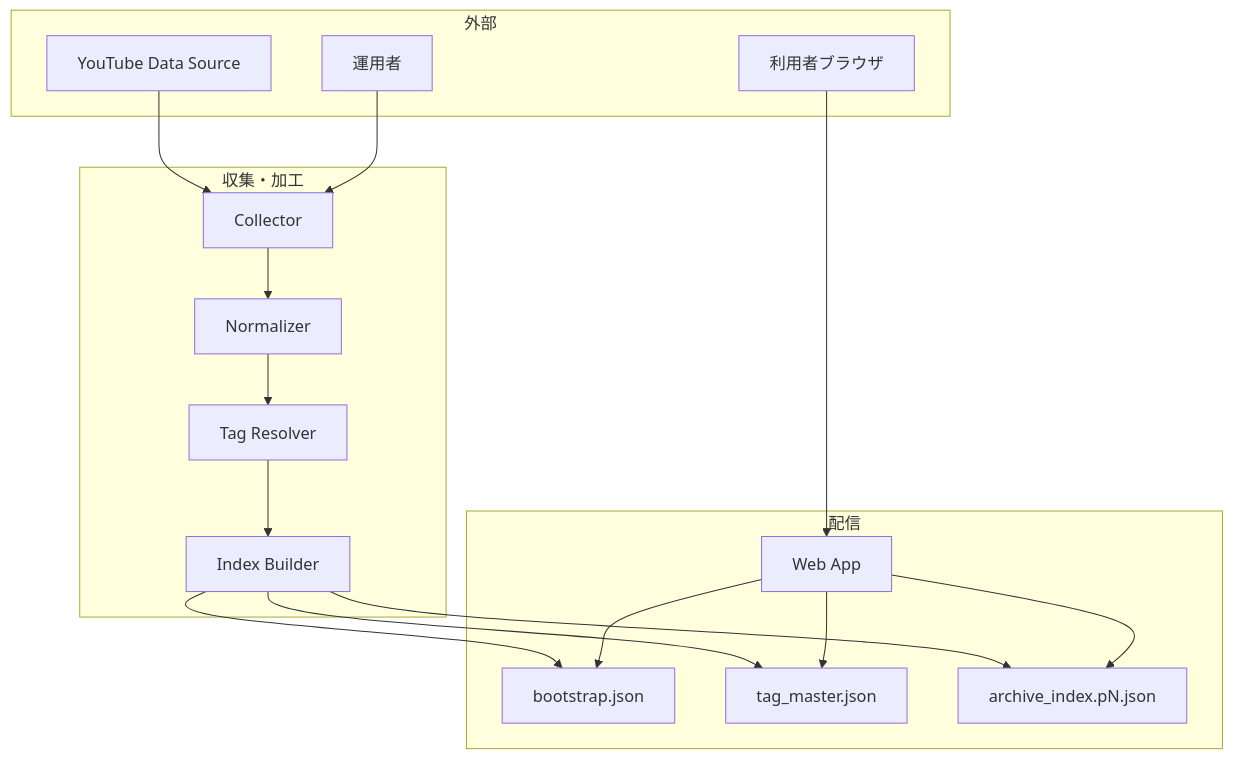
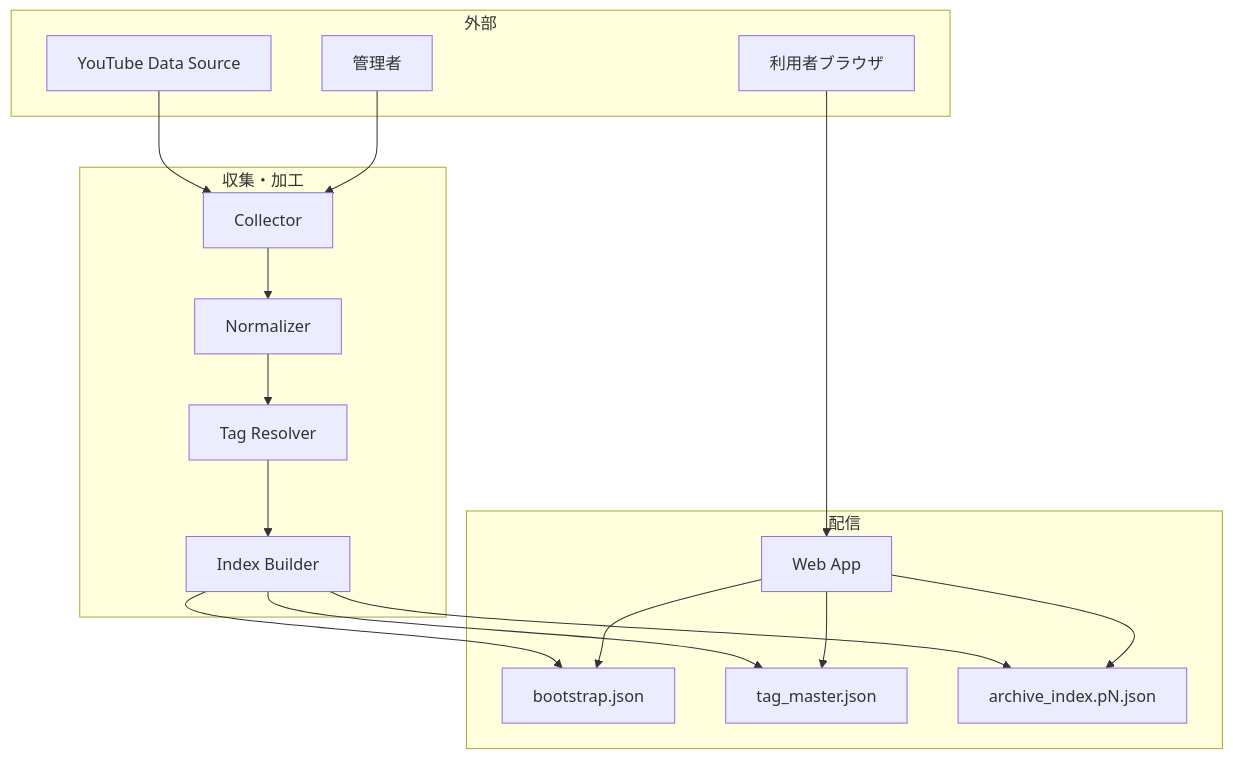
The diagram in docs/2.基本設計(BD)/21.アーキテクチャ概要/BD-ARCH-001.md (tsuji-tomonori/diopside-v3), drawn with Mermaid before and after one commit. The commit also changed other lines of this file and 16 other files, not shown here.

````diff
--- a/docs/2.基本設計(BD)/21.アーキテクチャ概要/BD-ARCH-001.md
+++ b/docs/2.基本設計(BD)/21.アーキテクチャ概要/BD-ARCH-001.md
@@ -48,33 +48,33 @@
 ```mermaid
 flowchart TD
   subgraph EXT[外部]
     YT[YouTube Data Source]
     USER[利用者ブラウザ]
-    OPS[運用者]
+    ADMIN[管理者]
   end
 
   subgraph ING[収集・加工]
     C1[Collector]
     C2[Normalizer]
     C3[Tag Resolver]
     C4[Index Builder]
   end
 
   subgraph DIST[配信]
     S1[bootstrap.json]
     S2[tag_master.json]
     S3[archive_index.pN.json]
     WEB[Web App]
   end
 
   YT --> C1
   C1 --> C2 --> C3 --> C4
   C4 --> S1
   C4 --> S2
   C4 --> S3
   USER --> WEB
   WEB --> S1
   WEB --> S2
   WEB --> S3
-  OPS --> C1
+  ADMIN --> C1
 ```
````
